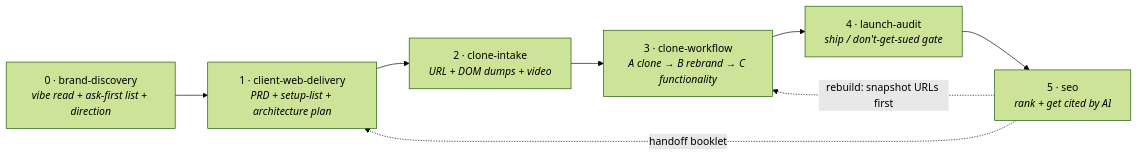
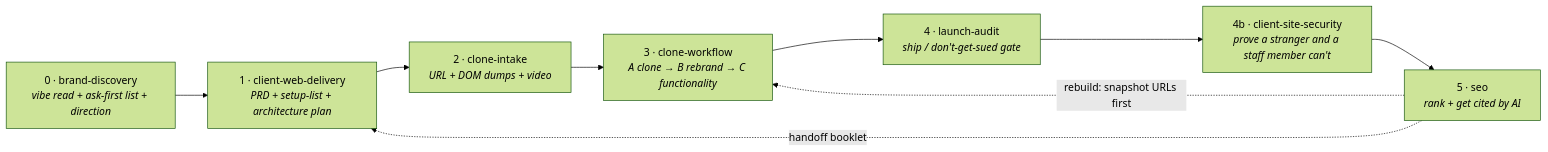
The diagram in README.md (MilkDeLeche/client-site-pipeline), drawn with Mermaid (forest theme) before and after one commit. The commit also changed other lines of this file and 9 other files, not shown here.

Commit message:
Publish step 4b client-site-security, the update brochure after every shipped update, two builder rules for editing the pipeline and writing like a person, and the logo loader hand-off into the hero (v1.30.0).

````diff
--- a/README.md
+++ b/README.md
@@ -49,10 +50,11 @@
 ```mermaid
 flowchart LR
     Z["0 · brand-discovery<br/><i>vibe read + ask-first list + direction</i>"] --> A
     A["1 · client-web-delivery<br/><i>PRD + setup-list + architecture plan</i>"] --> B["2 · clone-intake<br/><i>URL + DOM dumps + video</i>"]
     B --> C["3 · clone-workflow<br/><i>A clone → B rebrand → C functionality</i>"]
     C --> D["4 · launch-audit<br/><i>ship / don't-get-sued gate</i>"]
-    D --> E["5 · seo<br/><i>rank + get cited by AI</i>"]
+    D --> S["4b · client-site-security<br/><i>prove a stranger and a staff member can't</i>"]
+    S --> E["5 · seo<br/><i>rank + get cited by AI</i>"]
     E -.->|handoff booklet| A
     E -.->|rebuild: snapshot URLs first| C
 ```
````
